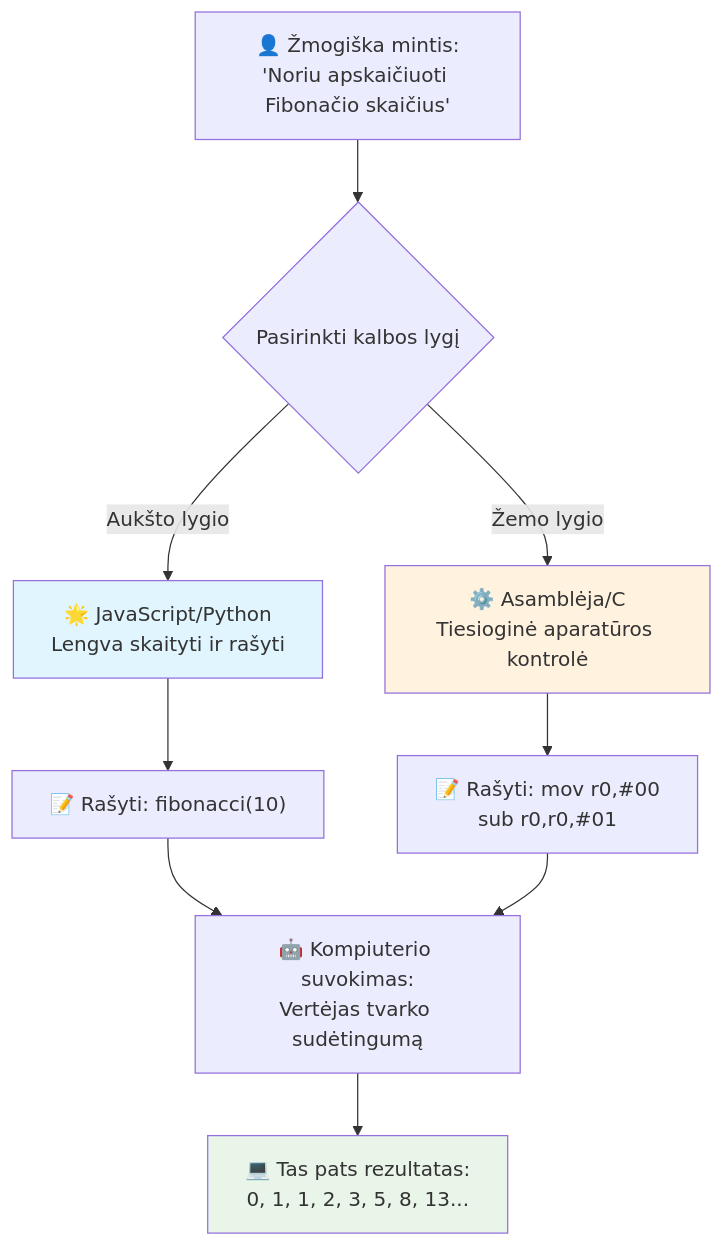
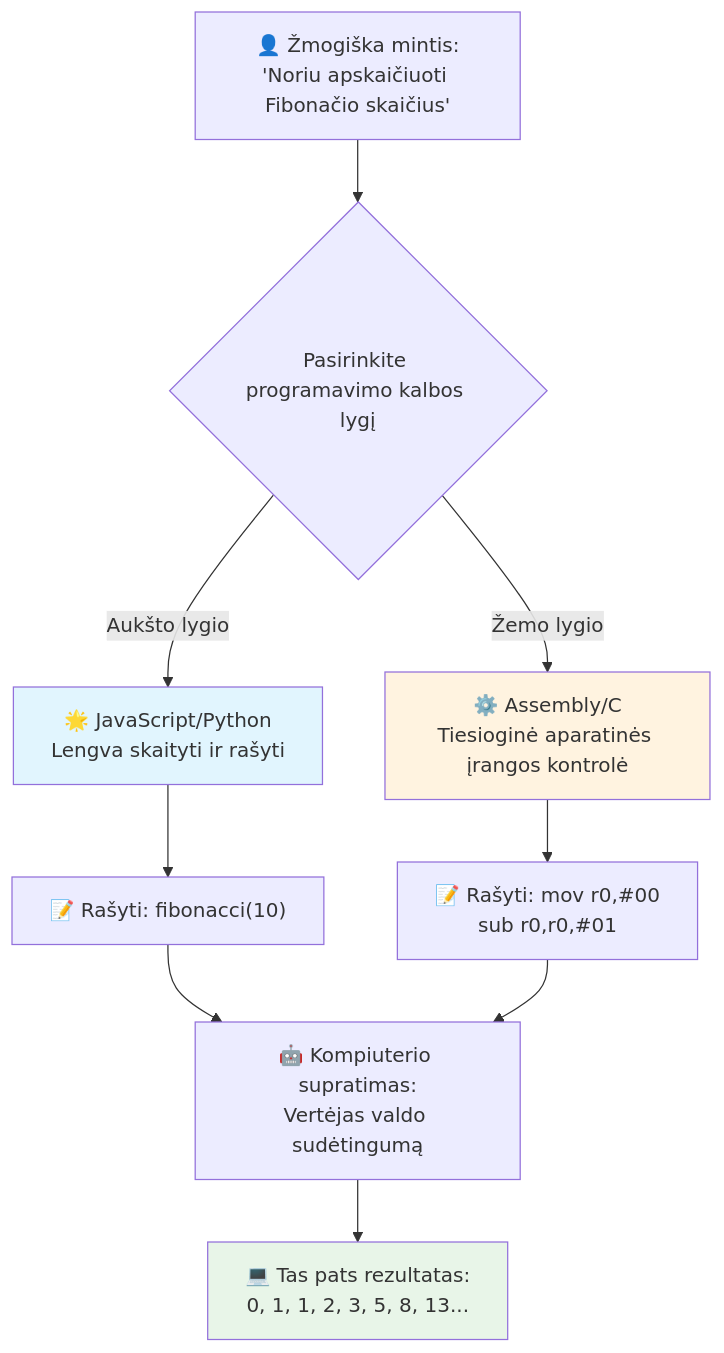
Before and after one commit to microsoft/Web-Dev-For-Beginners: the third of 7 diagrams in translations/lt/1-getting-started-lessons/1-intro-to-programming-languages/README.md, drawn with Mermaid. The commit also changed other lines of this file and 11 other files, not shown here.

````diff
--- a/translations/lt/1-getting-started-lessons/1-intro-to-programming-languages/README.md
+++ b/translations/lt/1-getting-started-lessons/1-intro-to-programming-languages/README.md
@@ -148,19 +148,19 @@
 ```mermaid
 flowchart TB
-    A["👤 Žmogiška mintis:<br/>'Noriu apskaičiuoti Fibonačio skaičius'"] --> B{Pasirinkti kalbos lygį}
+    A["👤 Žmogiška mintis:<br/>'Noriu apskaičiuoti Fibonačio skaičius'"] --> B{Pasirinkite programavimo kalbos lygį}
     
     B -->|Aukšto lygio| C["🌟 JavaScript/Python<br/>Lengva skaityti ir rašyti"]
-    B -->|Žemo lygio| D["⚙️ Asamblėja/C<br/>Tiesioginė aparatūros kontrolė"]
+    B -->|Žemo lygio| D["⚙️ Assembly/C<br/>Tiesioginė aparatinės įrangos kontrolė"]
     
     C --> E["📝 Rašyti: fibonacci(10)"]
     D --> F["📝 Rašyti: mov r0,#00<br/>sub r0,r0,#01"]
     
-    E --> G["🤖 Kompiuterio suvokimas:<br/>Vertėjas tvarko sudėtingumą"]
+    E --> G["🤖 Kompiuterio supratimas:<br/>Vertėjas valdo sudėtingumą"]
     F --> G
     
     G --> H["💻 Tas pats rezultatas:<br/>0, 1, 1, 2, 3, 5, 8, 13..."]
     
     style C fill:#e1f5fe
     style D fill:#fff3e0
     style H fill:#e8f5e8
 ```
````
